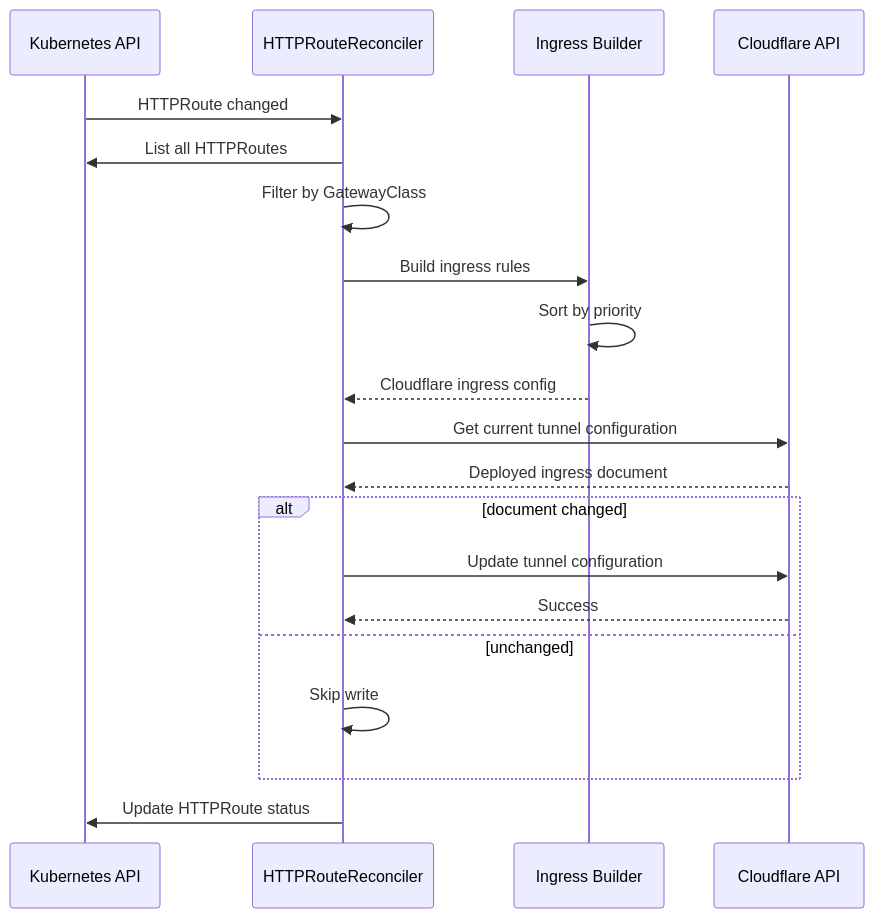
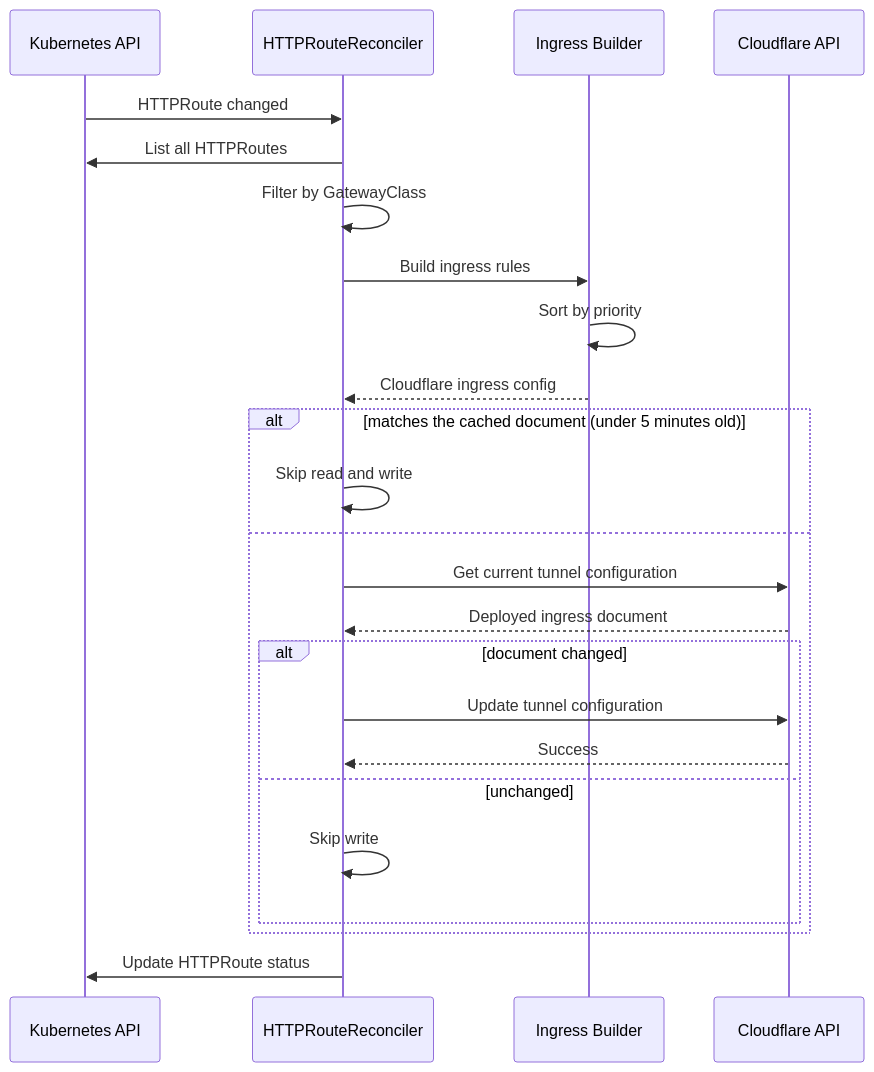
The third of 7 diagrams in docs/development/architecture.md (lexfrei/cloudflare-tunnel-gateway-controller), drawn with Mermaid before and after one commit. The commit also changed other lines of this file and 12 other files, not shown here.

````diff
--- a/docs/development/architecture.md
+++ b/docs/development/architecture.md
@@ -130,23 +130,27 @@
 ```mermaid
 sequenceDiagram
     participant K8s as Kubernetes API
     participant HR as HTTPRouteReconciler
     participant Builder as Ingress Builder
     participant CF as Cloudflare API
 
     K8s->>HR: HTTPRoute changed
     HR->>K8s: List all HTTPRoutes
     HR->>HR: Filter by GatewayClass
     HR->>Builder: Build ingress rules
     Builder->>Builder: Sort by priority
     Builder-->>HR: Cloudflare ingress config
-    HR->>CF: Get current tunnel configuration
-    CF-->>HR: Deployed ingress document
-    alt document changed
-        HR->>CF: Update tunnel configuration
-        CF-->>HR: Success
-    else unchanged
-        HR->>HR: Skip write
+    alt matches the cached document (under 5 minutes old)
+        HR->>HR: Skip read and write
+    else
+        HR->>CF: Get current tunnel configuration
+        CF-->>HR: Deployed ingress document
+        alt document changed
+            HR->>CF: Update tunnel configuration
+            CF-->>HR: Success
+        else unchanged
+            HR->>HR: Skip write
+        end
     end
     HR->>K8s: Update HTTPRoute status
 ```
````
